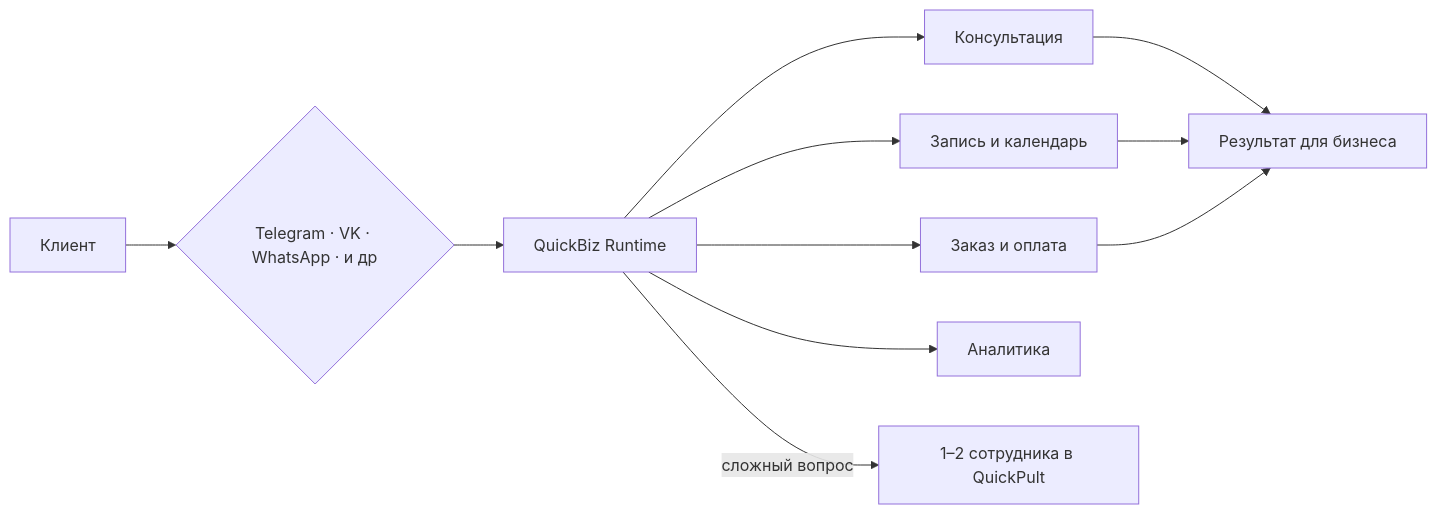
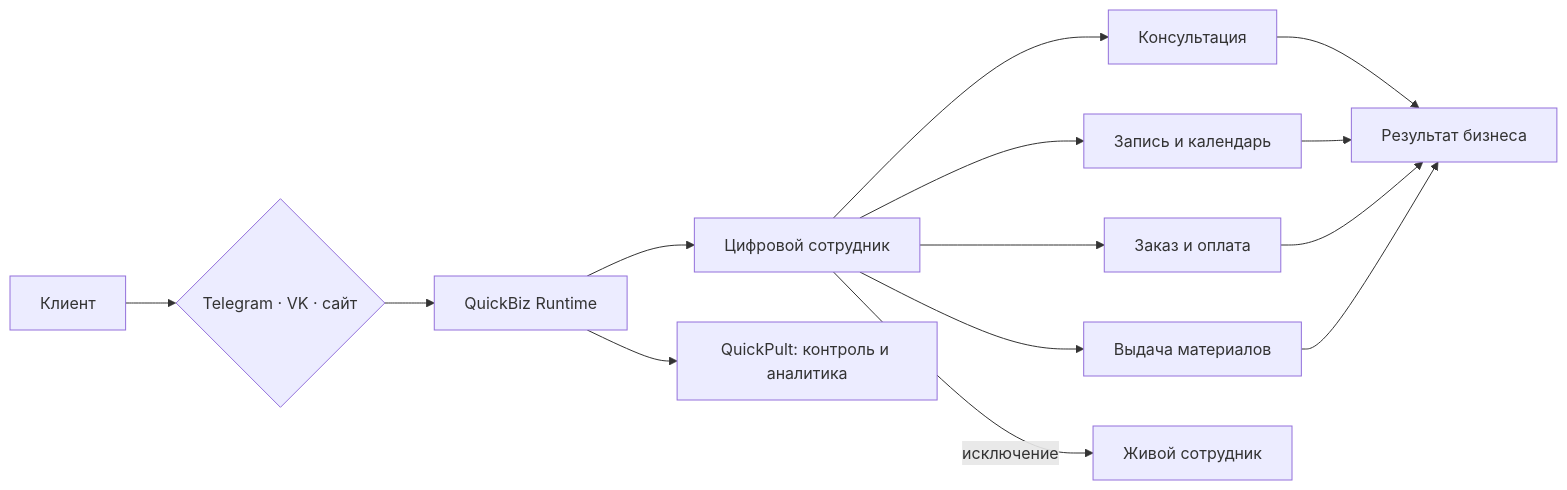
One commit to leksmustang/leksmustang changed the diagram in README.md. Above: the diagram before and after it, drawn with Mermaid. The commit also changed other lines of this file, not shown here.

Commit message:
Update profile for current QuickPult positioning

````diff
--- a/README.md
+++ b/README.md
@@ -21,13 +62,16 @@
 ```mermaid
 flowchart LR
-    C[Клиент] --> M{Telegram · VK · WhatsApp · и др}
-    M --> R[QuickBiz Runtime]
-    R --> Q[Консультация]
-    R --> B[Запись и календарь]
-    R --> P[Заказ и оплата]
-    R --> A[Аналитика]
-    R -->|сложный вопрос| H[1–2 сотрудника в QuickPult]
-    Q --> RESULT[Результат для бизнеса]
+    C[Клиент] --> CH{Telegram · VK · сайт}
+    CH --> R[QuickBiz Runtime]
+    R --> E[Цифровой сотрудник]
+    E --> Q[Консультация]
+    E --> B[Запись и календарь]
+    E --> P[Заказ и оплата]
+    E --> D[Выдача материалов]
+    E -->|исключение| H[Живой сотрудник]
+    Q --> RESULT[Результат бизнеса]
     B --> RESULT
     P --> RESULT
+    D --> RESULT
+    R --> PULT[QuickPult: контроль и аналитика]
 ```
````
